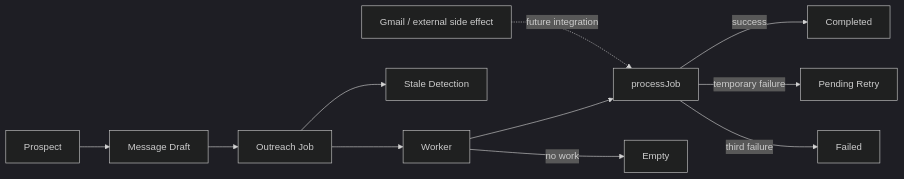
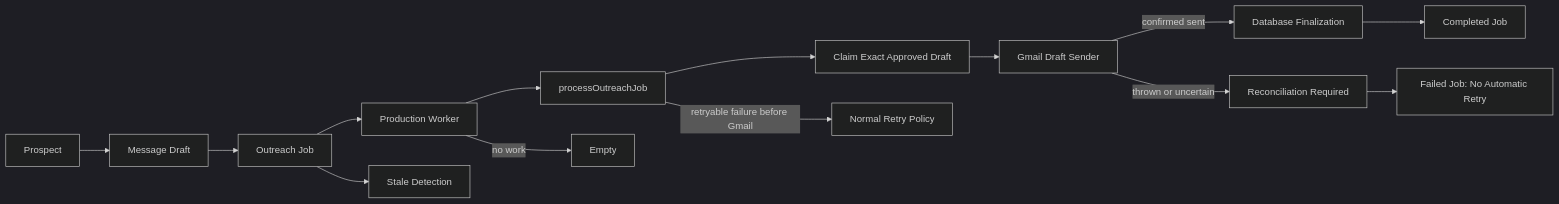
One commit to putman44/Relay changed the first of 9 diagrams in docs/Relay_Testing_and_Worker_Guide.md. Above: the diagram before and after it, drawn with Mermaid (dark theme). The commit also changed other lines of this file and 8 other files, not shown here.

Commit message:
feat: add safe outreach reconciliation and requeue

````diff
--- a/docs/Relay_Testing_and_Worker_Guide.md
+++ b/docs/Relay_Testing_and_Worker_Guide.md
@@ -16,14 +17,16 @@
 ```mermaid
 flowchart LR
     P[Prospect] --> D[Message Draft]
     D --> J[Outreach Job]
-    J --> W[Worker]
-    W --> PR[processJob]
-    PR -->|success| C[Completed]
-    PR -->|temporary failure| R[Pending Retry]
-    PR -->|third failure| F[Failed]
+    J --> W[Production Worker]
+    W --> PR[processOutreachJob]
+    PR --> CL[Claim Exact Approved Draft]
+    CL --> G[Gmail Draft Sender]
+    G -->|confirmed sent| DB[Database Finalization]
+    G -->|thrown or uncertain| RC[Reconciliation Required]
+    DB --> C[Completed Job]
+    PR -->|retryable failure before Gmail| R[Normal Retry Policy]
+    RC --> F[Failed Job: No Automatic Retry]
     W -->|no work| E[Empty]
     J --> S[Stale Detection]
-
-    G[Gmail / external side effect] -. future integration .-> PR
 ```
````
